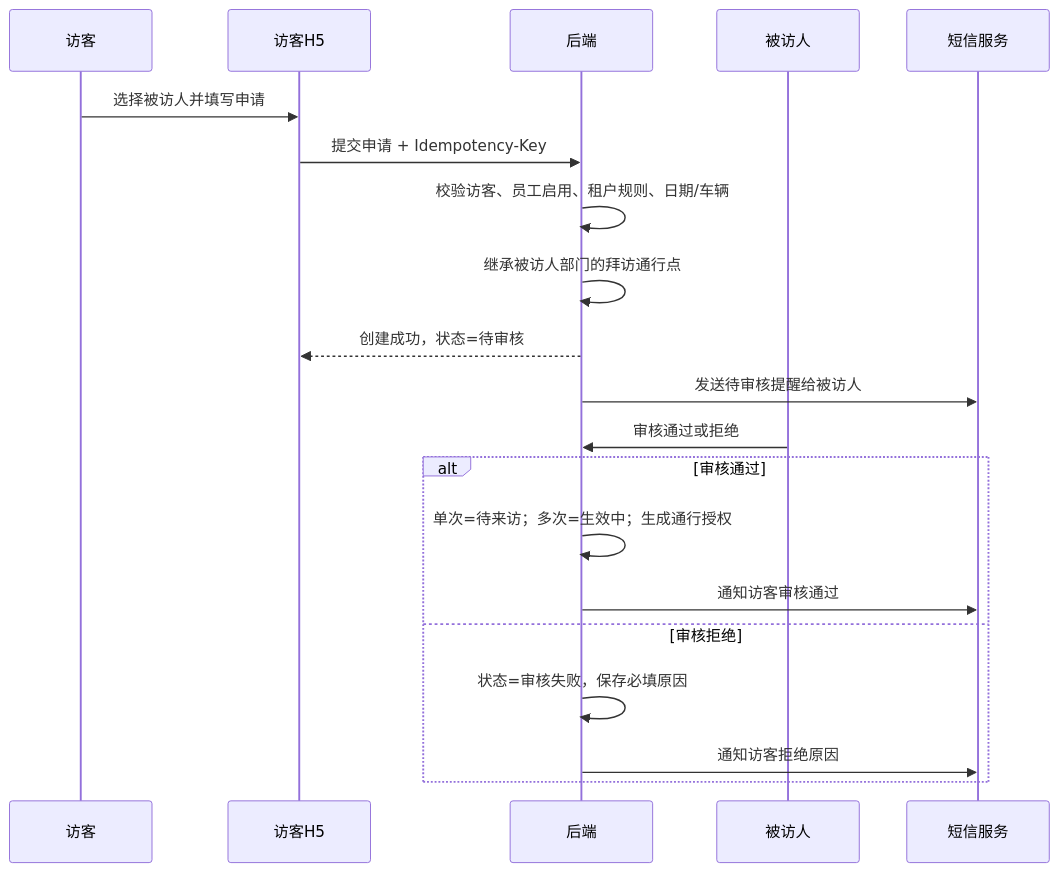
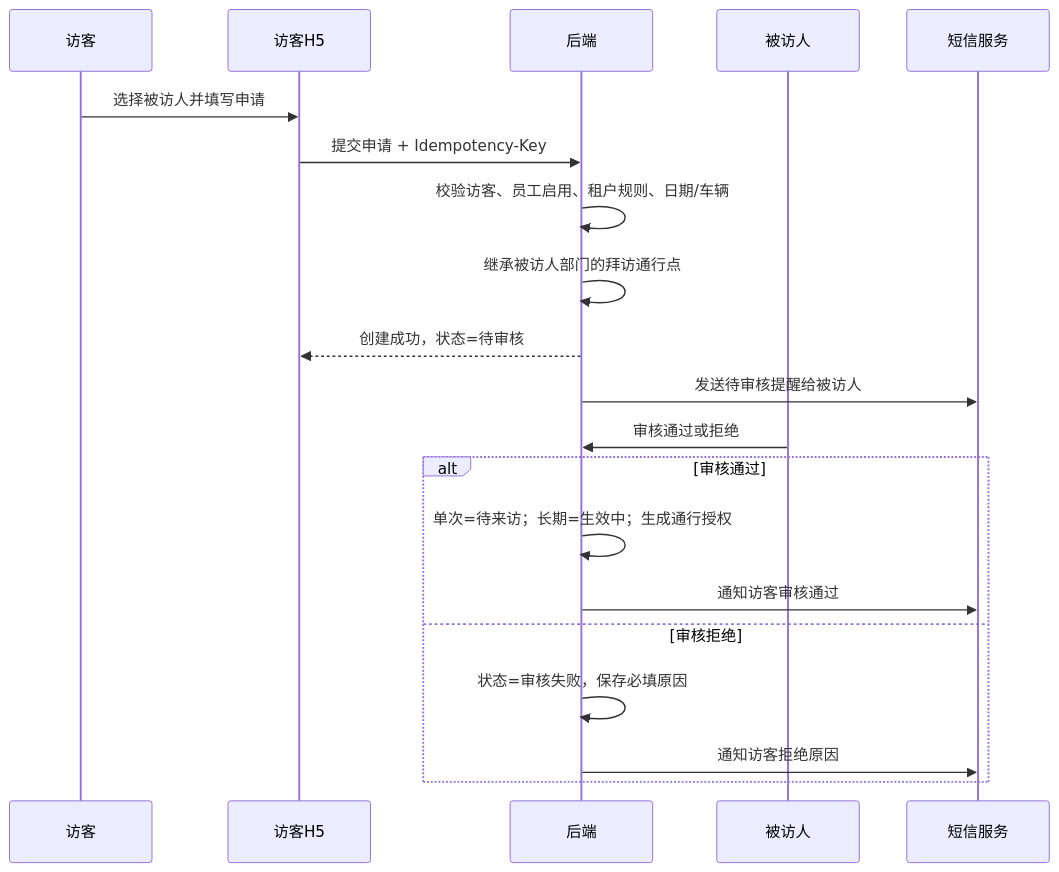
Before and after one commit to tangxiaochen755-droid/visitor-phase1-visual-blue: the second of 7 diagrams in docs/integration/02-核心业务流程.md, drawn with Mermaid. The commit also changed other lines of this file and 15 other files, not shown here.

````diff
--- a/docs/integration/02-核心业务流程.md
+++ b/docs/integration/02-核心业务流程.md
@@ -26,22 +26,22 @@
 ```mermaid
 sequenceDiagram
   participant V as 访客
   participant FE as 访客H5
   participant API as 后端
   participant H as 被访人
   participant SMS as 短信服务
   V->>FE: 选择被访人并填写申请
   FE->>API: 提交申请 + Idempotency-Key
   API->>API: 校验访客、员工启用、租户规则、日期/车辆
   API->>API: 继承被访人部门的拜访通行点
   API-->>FE: 创建成功，状态=待审核
   API->>SMS: 发送待审核提醒给被访人
   H->>API: 审核通过或拒绝
   alt 审核通过
-    API->>API: 单次=待来访；多次=生效中；生成通行授权
+    API->>API: 单次=待来访；长期=生效中；生成通行授权
     API->>SMS: 通知访客审核通过
   else 审核拒绝
     API->>API: 状态=审核失败，保存必填原因
     API->>SMS: 通知访客拒绝原因
   end
 ```
````
